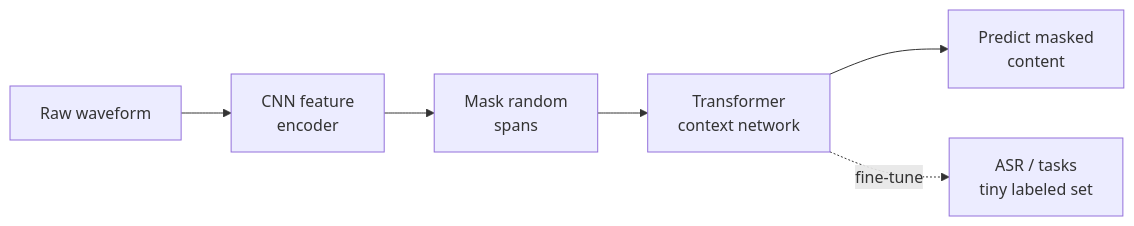
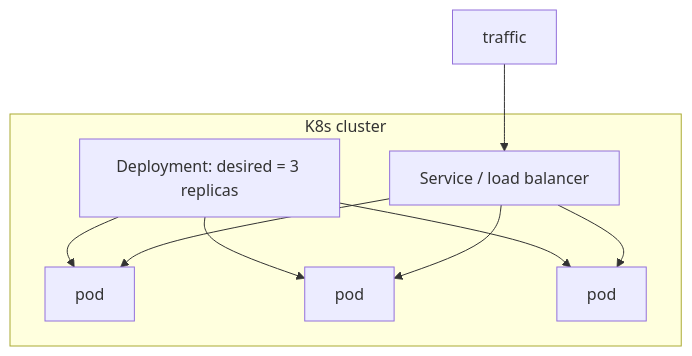
One commit to kader-xai/kader-xai.github.io changed the fifth of 10 diagrams in ai-ml-encyclopedia/ch29.qmd. Above: the diagram before and after it, drawn with Mermaid. The commit also changed other lines of this file and 47 other files, not shown here.

````diff
--- a/ai-ml-encyclopedia/ch29.qmd
+++ b/ai-ml-encyclopedia/ch29.qmd
@@ -292,8 +234,12 @@
 ```{mermaid}
-flowchart LR
-  A[Raw waveform] --> B[CNN feature<br/>encoder]
-  B --> C[Mask random<br/>spans]
-  C --> D[Transformer<br/>context network]
-  D --> E[Predict masked<br/>content]
-  D -.fine-tune.-> F[ASR / tasks<br/>tiny labeled set]
+flowchart TB
+  subgraph K8s cluster
+    D[Deployment: desired = 3 replicas] --> P1[pod]
+    D --> P2[pod]
+    D --> P3[pod]
+    S[Service / load balancer] --> P1
+    S --> P2
+    S --> P3
+  end
+  U[traffic] --> S
 ```
````
